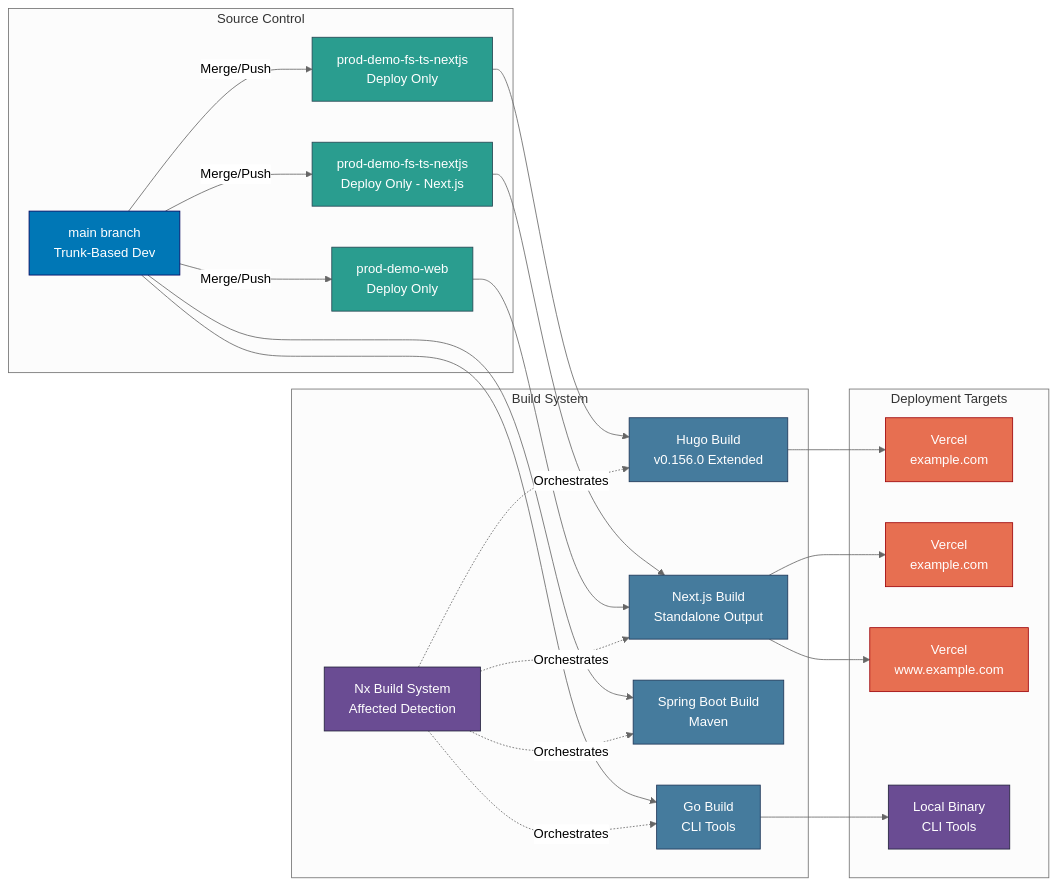
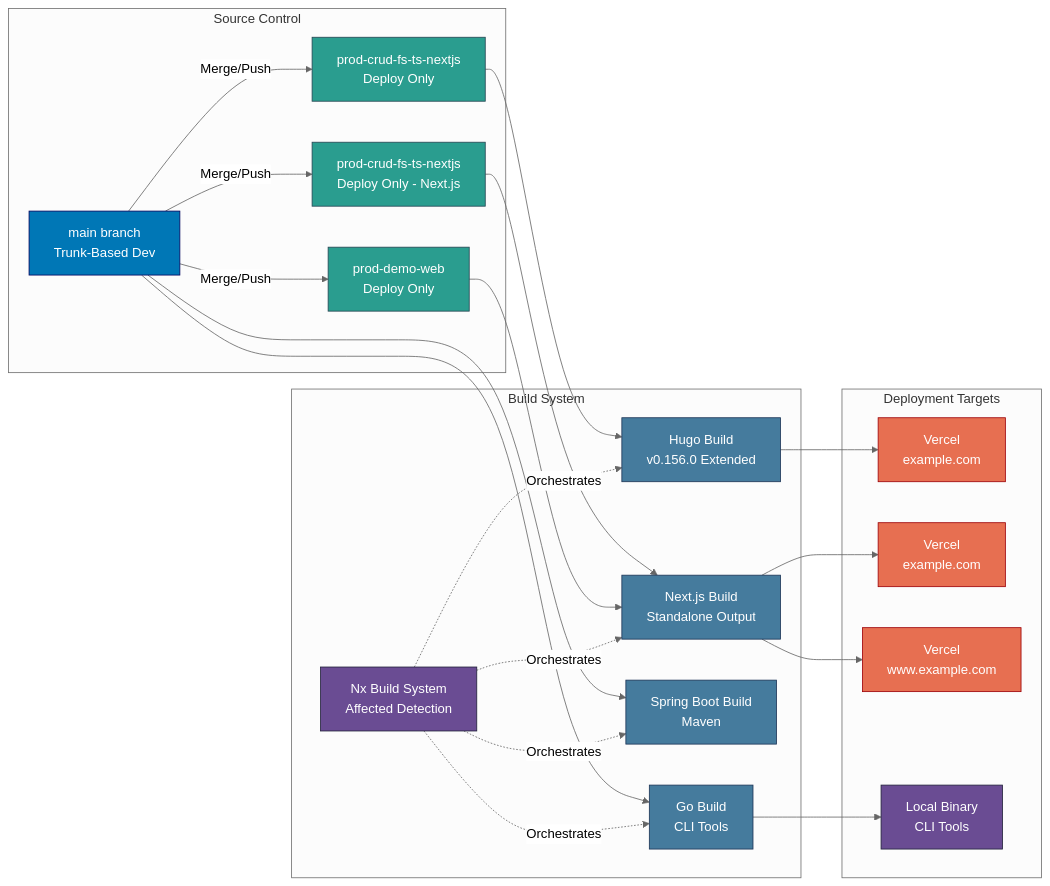
The diagram in docs/reference/system-architecture/deployment.md (wahidyankf/ose-primer), drawn with Mermaid (neutral theme) before and after one commit. The commit also changed other lines of this file and 2260 other files, not shown here.

First line of the commit message:
refactor(apps): rename demo-* to crud-* to clarify CRUD family scope

````diff
--- a/docs/reference/system-architecture/deployment.md
+++ b/docs/reference/system-architecture/deployment.md
@@ -17,58 +17,58 @@
 ```mermaid
 graph LR
     subgraph "Source Control"
         MAIN[main branch<br/>Trunk-Based Dev]
-        PROD_OSE[prod-demo-fs-ts-nextjs<br/>Deploy Only]
-        PROD_AYO[prod-demo-fs-ts-nextjs<br/>Deploy Only - Next.js]
+        PROD_OSE[prod-crud-fs-ts-nextjs<br/>Deploy Only]
+        PROD_AYO[prod-crud-fs-ts-nextjs<br/>Deploy Only - Next.js]
         PROD_OL[prod-demo-web<br/>Deploy Only]
     end
 
     subgraph "Build System"
         NX_BUILD[Nx Build System<br/>Affected Detection]
         HUGO_BUILD[Hugo Build<br/>v0.156.0 Extended]
         NEXT_BUILD[Next.js Build<br/>Standalone Output]
         SPRING_BUILD[Spring Boot Build<br/>Maven]
         GO_BUILD[Go Build<br/>CLI Tools]
     end
 
     subgraph "Deployment Targets"
         VERCEL_OSE[Vercel<br/>example.com]
         VERCEL_AYO[Vercel<br/>example.com]
         VERCEL_OL[Vercel<br/>www.example.com]
         LOCAL[Local Binary<br/>CLI Tools]
     end
 
     MAIN -->|Merge/Push| PROD_OSE
     MAIN -->|Merge/Push| PROD_AYO
     MAIN -->|Merge/Push| PROD_OL
 
     PROD_OSE --> HUGO_BUILD
     PROD_AYO --> NEXT_BUILD
     PROD_OL --> NEXT_BUILD
     MAIN --> GO_BUILD
     MAIN --> SPRING_BUILD
 
     HUGO_BUILD --> VERCEL_OSE
     NEXT_BUILD --> VERCEL_AYO
     NEXT_BUILD --> VERCEL_OL
     GO_BUILD --> LOCAL
 
     NX_BUILD -.->|Orchestrates| HUGO_BUILD
     NX_BUILD -.->|Orchestrates| NEXT_BUILD
     NX_BUILD -.->|Orchestrates| SPRING_BUILD
     NX_BUILD -.->|Orchestrates| GO_BUILD
 
     style MAIN fill:#0077b6,stroke:#03045e,color:#ffffff
     style PROD_OSE fill:#2a9d8f,stroke:#264653,color:#ffffff
     style PROD_AYO fill:#2a9d8f,stroke:#264653,color:#ffffff
     style PROD_OL fill:#2a9d8f,stroke:#264653,color:#ffffff
     style NX_BUILD fill:#6a4c93,stroke:#22223b,color:#ffffff
     style HUGO_BUILD fill:#457b9d,stroke:#1d3557,color:#ffffff
     style NEXT_BUILD fill:#457b9d,stroke:#1d3557,color:#ffffff
     style SPRING_BUILD fill:#457b9d,stroke:#1d3557,color:#ffffff
     style GO_BUILD fill:#457b9d,stroke:#1d3557,color:#ffffff
     style VERCEL_OSE fill:#e76f51,stroke:#9d0208,color:#ffffff
     style VERCEL_AYO fill:#e76f51,stroke:#9d0208,color:#ffffff
     style VERCEL_OL fill:#e76f51,stroke:#9d0208,color:#ffffff
     style LOCAL fill:#6a4c93,stroke:#22223b,color:#ffffff
 ```
````
